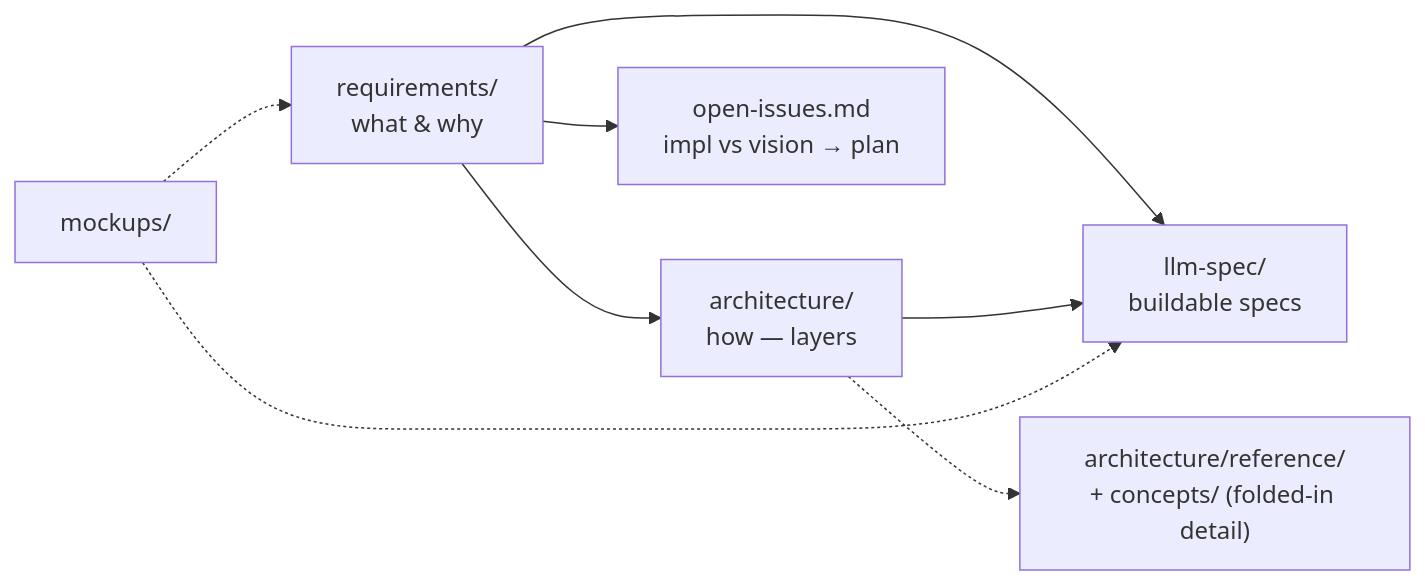
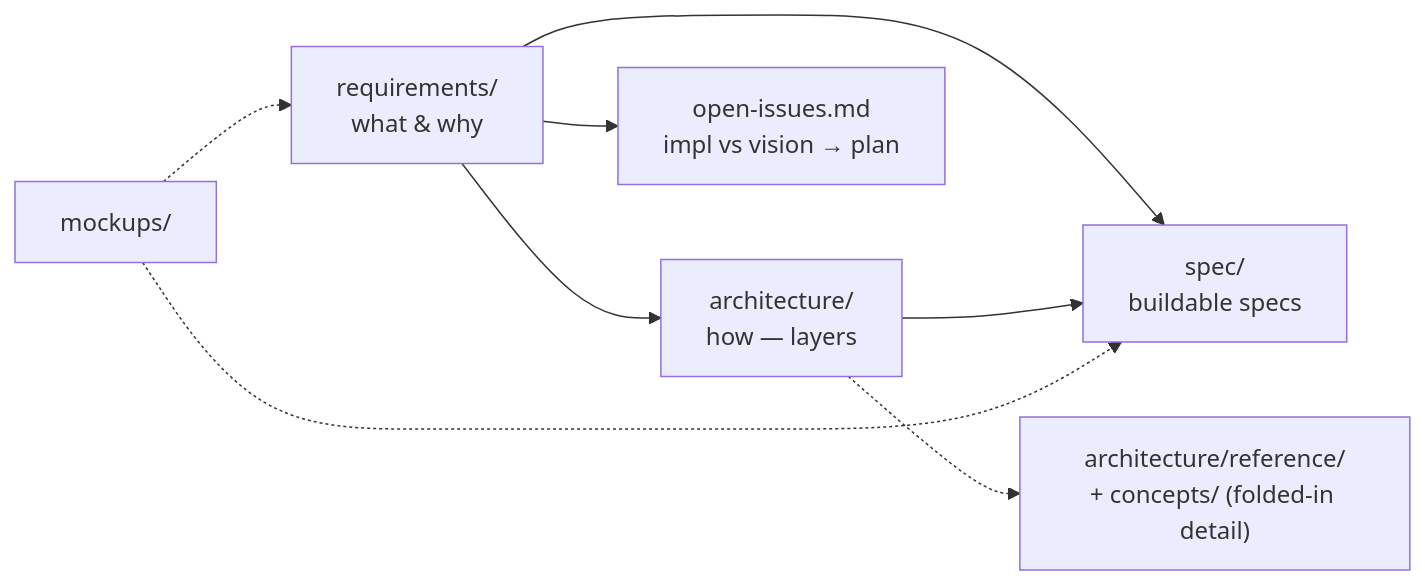
Before and after one commit to sensei-hq/sensei: the diagram in docs/README.md, drawn with Mermaid. The commit also changed other lines of this file and 112 other files, not shown here.

First line of the commit message:
docs(restructure): rename llm-spec/ → spec/ + fix all referrers (closes the rename)

````diff
--- a/docs/README.md
+++ b/docs/README.md
@@ -31,10 +31,10 @@
 ```mermaid
 flowchart LR
     R["requirements/<br/>what &amp; why"] --> A["architecture/<br/>how — layers"]
-    R --> S["llm-spec/<br/>buildable specs"]
+    R --> S["spec/<br/>buildable specs"]
     A --> S
     M["mockups/"] -.-> R
     M -.-> S
     R --> O["open-issues.md<br/>impl vs vision → plan"]
     A -.-> RF["architecture/reference/<br/>+ concepts/ (folded-in detail)"]
 ```
````
